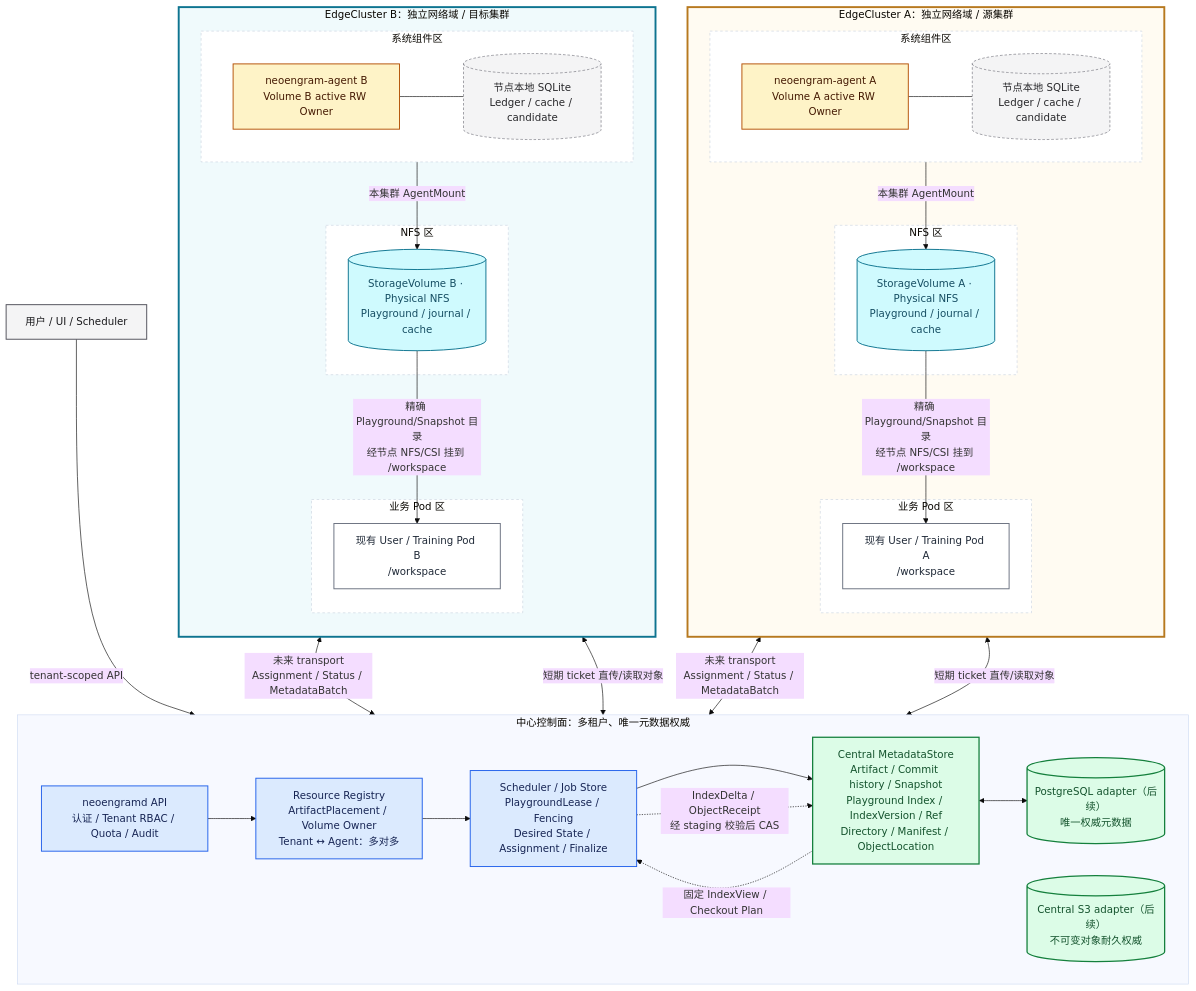
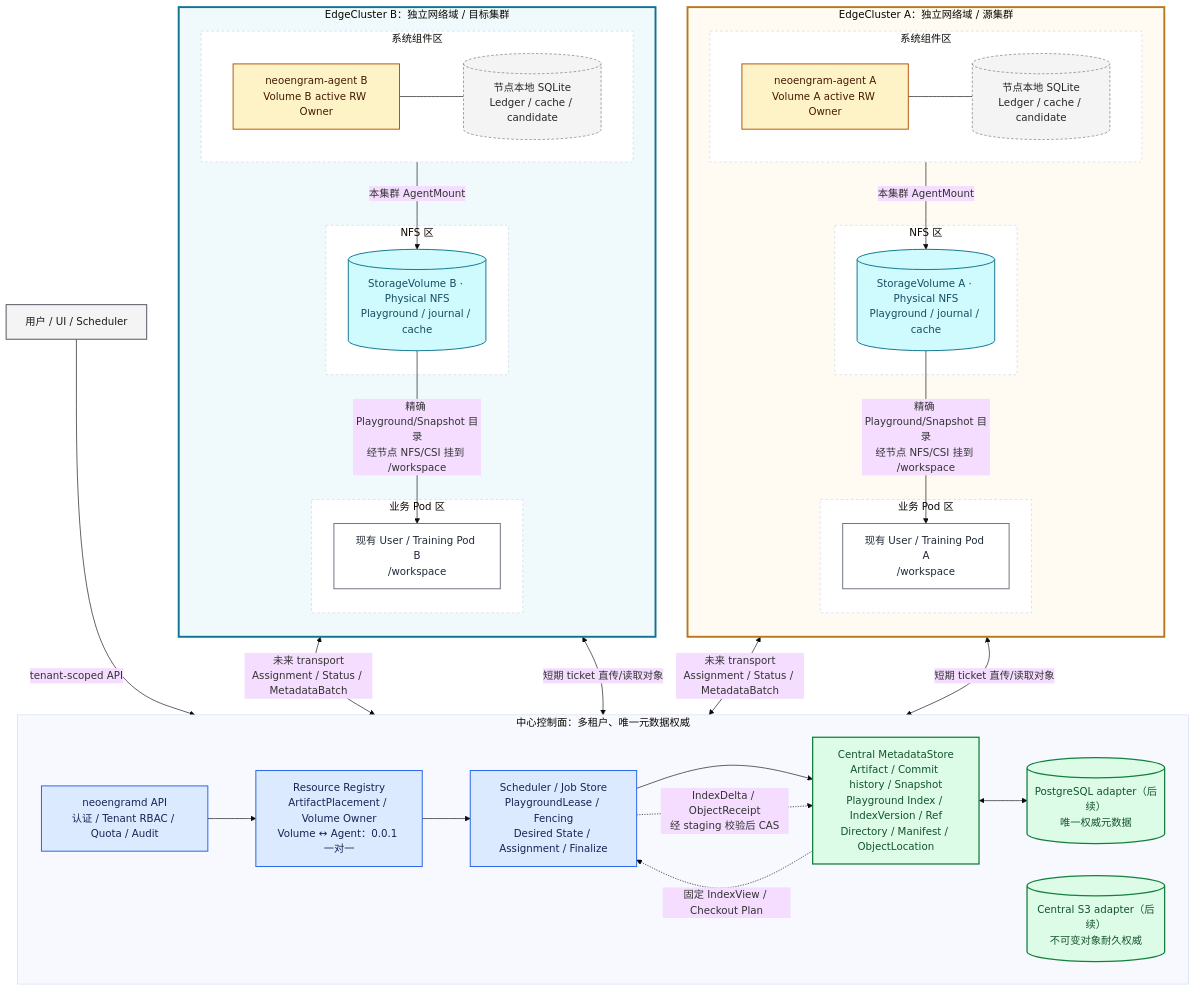
Before and after one commit to kwsc98/neoengram: the diagram in docs/agent-central-control.md, drawn with Mermaid (base theme). The commit also changed other lines of this file and 76 other files, not shown here.

```diff
--- a/docs/agent-central-control.md
+++ b/docs/agent-central-control.md
@@ -306,7 +314,7 @@
     subgraph CENTER["中心控制面：多租户、唯一元数据权威"]
         direction LR
         API["neoengramd API<br/>认证 / Tenant RBAC / Quota / Audit"]
-        REGISTRY["Resource Registry<br/>ArtifactPlacement / Volume Owner<br/>Tenant ↔ Agent：多对多"]
+        REGISTRY["Resource Registry<br/>ArtifactPlacement / Volume Owner<br/>Volume ↔ Agent：0.0.1 一对一"]
         JOBS["Scheduler / Job Store<br/>PlaygroundLease / Fencing<br/>Desired State / Assignment / Finalize"]
         META["Central MetadataStore<br/>Artifact / Commit history / Snapshot<br/>Playground Index / IndexVersion / Ref<br/>Directory / Manifest / ObjectLocation"]
         PG[("PostgreSQL adapter（后续）<br/>唯一权威元数据")]
```
